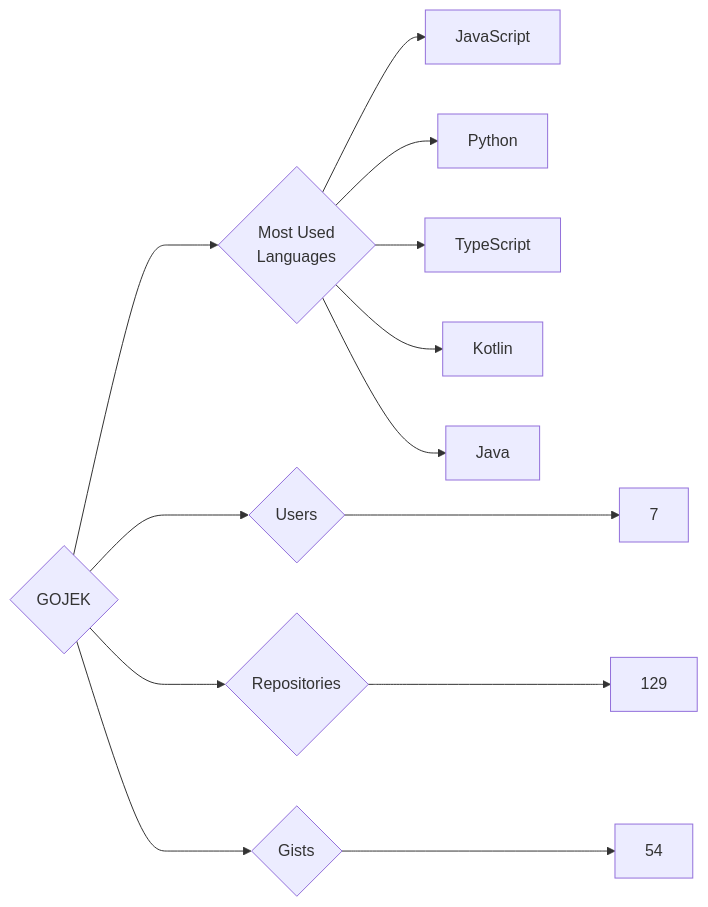
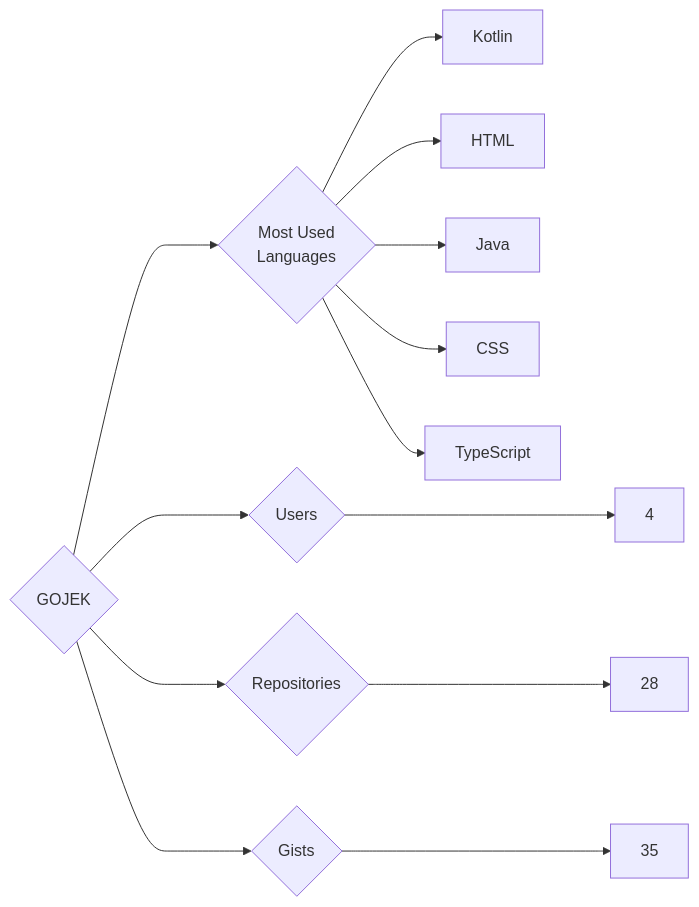
The diagram in targets/GOJEK/README.md (trickest/insiders), drawn with Mermaid before and after one commit. The commit also changed 859 other files, not shown here.

````diff
--- a/targets/GOJEK/README.md
+++ b/targets/GOJEK/README.md
@@ -3,13 +3,13 @@
 ```mermaid
 graph LR
 COMPANY_NAME{GOJEK}
-COMPANY_NAME ---> U{Users} ---> UN[7]
-COMPANY_NAME ---> R{Repositories} ---> RN[129]
-COMPANY_NAME ---> G{Gists} ---> GN[54]
+COMPANY_NAME ---> U{Users} ---> UN[4]
+COMPANY_NAME ---> R{Repositories} ---> RN[28]
+COMPANY_NAME ---> G{Gists} ---> GN[35]
 COMPANY_NAME ---> ML{Most Used<br>Languages}
-ML --> JavaScript[JavaScript]
-ML --> Python[Python]
+ML --> Kotlin[Kotlin]
+ML --> HTML[HTML]
+ML --> Java[Java]
+ML --> CSS[CSS]
 ML --> TypeScript[TypeScript]
-ML --> Kotlin[Kotlin]
-ML --> Java[Java]
 ```
````
